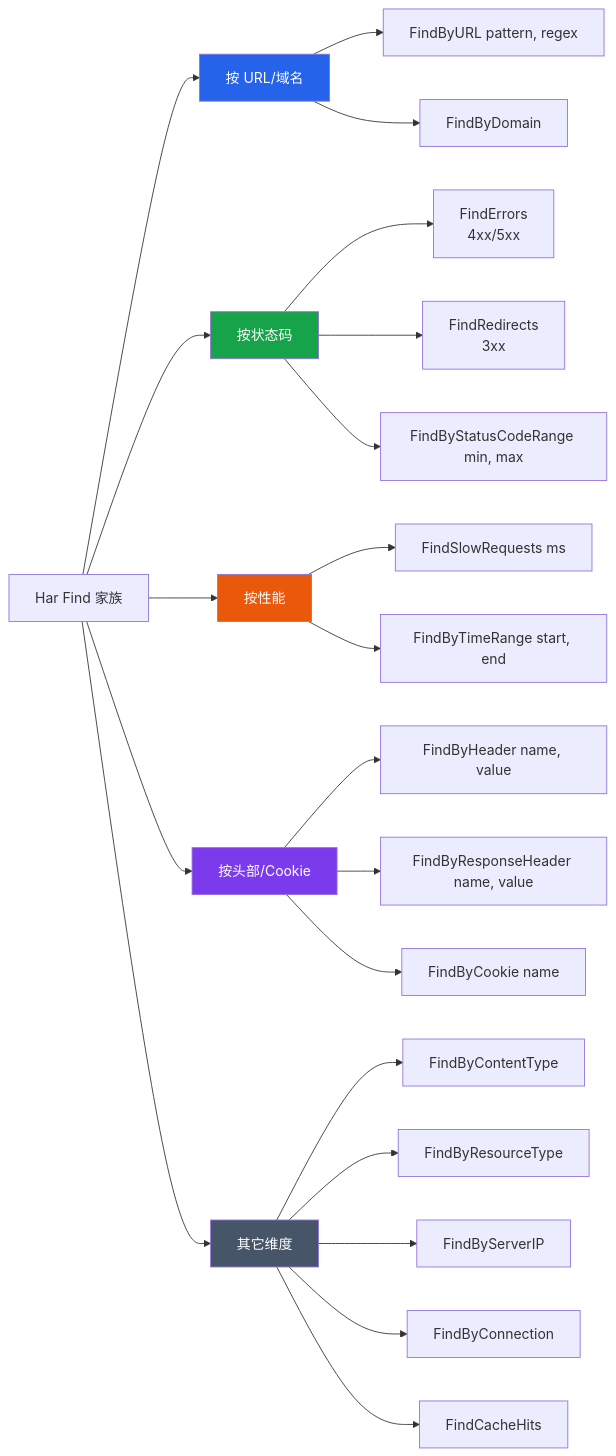
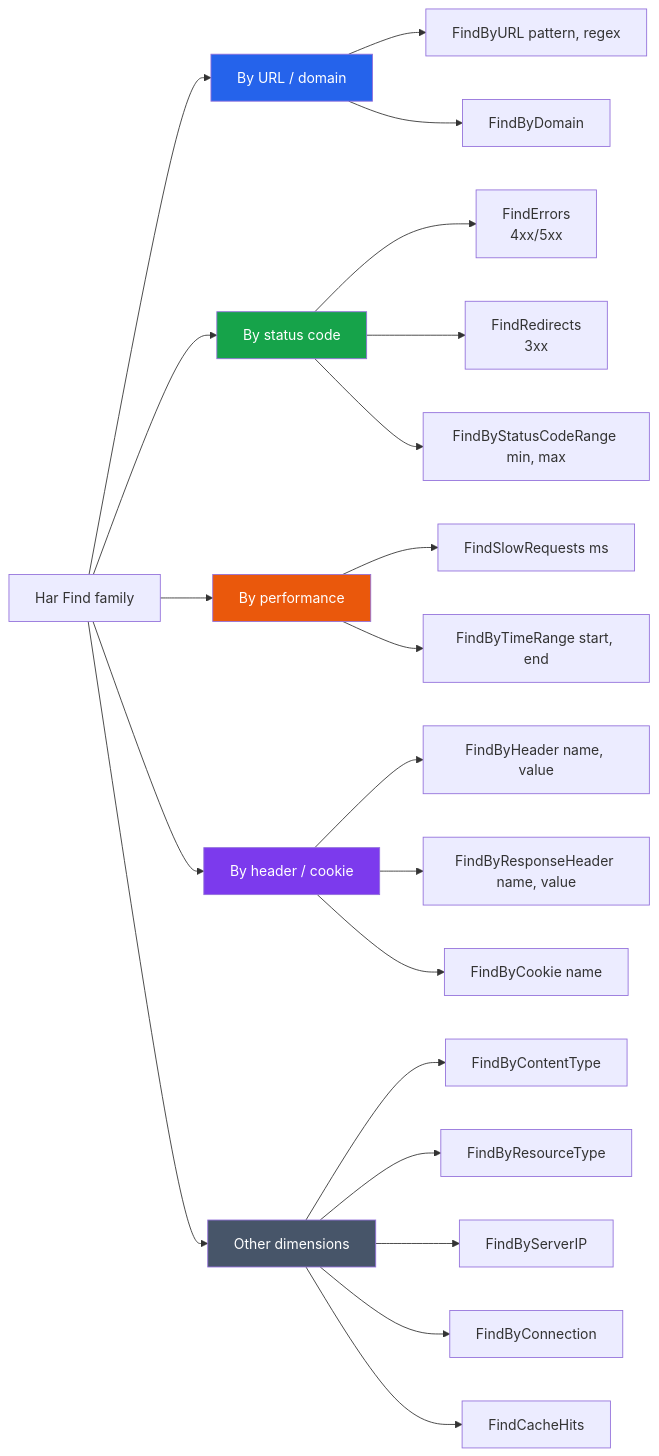
Before and after one commit to hitechcloud-vietnam/har-skills: the second of 2 diagrams in website/zh/sdk/filtering.md, drawn with Mermaid. The commit also changed other lines of this file and 97 other files, not shown here.

````diff
--- a/website/zh/sdk/filtering.md
+++ b/website/zh/sdk/filtering.md
@@ -160,39 +160,39 @@
 ```mermaid
 flowchart LR
-    Root[Har Find 家族] --> URL[按 URL/域名]
-    Root --> Status[按状态码]
-    Root --> Perf[按性能]
-    Root --> Header[按头部/Cookie]
-    Root --> Other[其它维度]
+    Root[Har Find family] --> URL[By URL / domain]
+    Root --> Status[By status code]
+    Root --> Perf[By performance]
+    Root --> Header[By header / cookie]
+    Root --> Other[Other dimensions]
 
     URL --> M1[FindByURL pattern, regex]
     URL --> M2[FindByDomain]
 
     Status --> M3[FindErrors<br/>4xx/5xx]
     Status --> M4[FindRedirects<br/>3xx]
     Status --> M5[FindByStatusCodeRange min, max]
 
     Perf --> M6[FindSlowRequests ms]
     Perf --> M7[FindByTimeRange start, end]
 
     Header --> M8[FindByHeader name, value]
     Header --> M9[FindByResponseHeader name, value]
     Header --> M10[FindByCookie name]
 
     Other --> M11[FindByContentType]
     Other --> M12[FindByResourceType]
     Other --> M13[FindByServerIP]
     Other --> M14[FindByConnection]
     Other --> M15[FindCacheHits]
 
     URL:::blue
     Status:::green
     Perf:::orange
     Header:::purple
     Other:::gray
     classDef blue fill:#2563eb,color:#fff;
     classDef green fill:#16a34a,color:#fff;
     classDef orange fill:#ea580c,color:#fff;
     classDef purple fill:#7c3aed,color:#fff;
     classDef gray fill:#475569,color:#fff;
 ```
````
